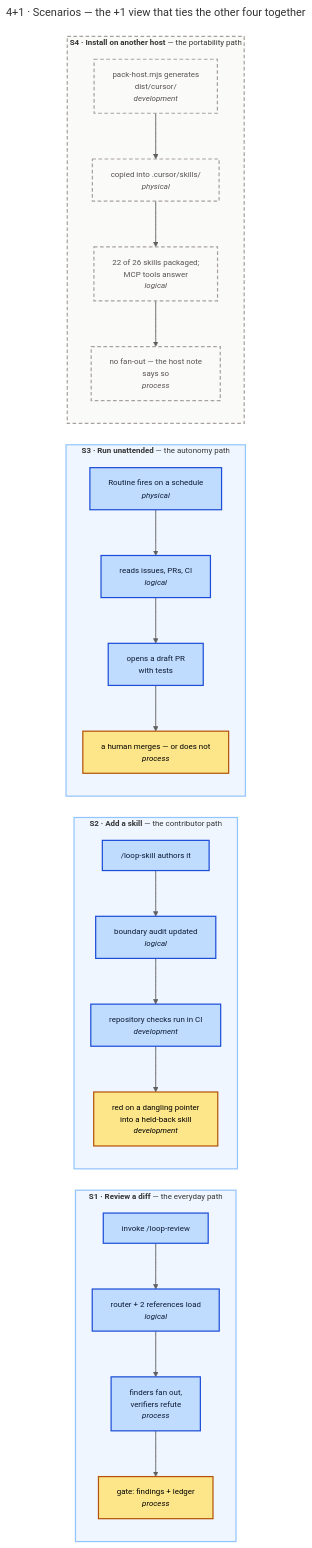
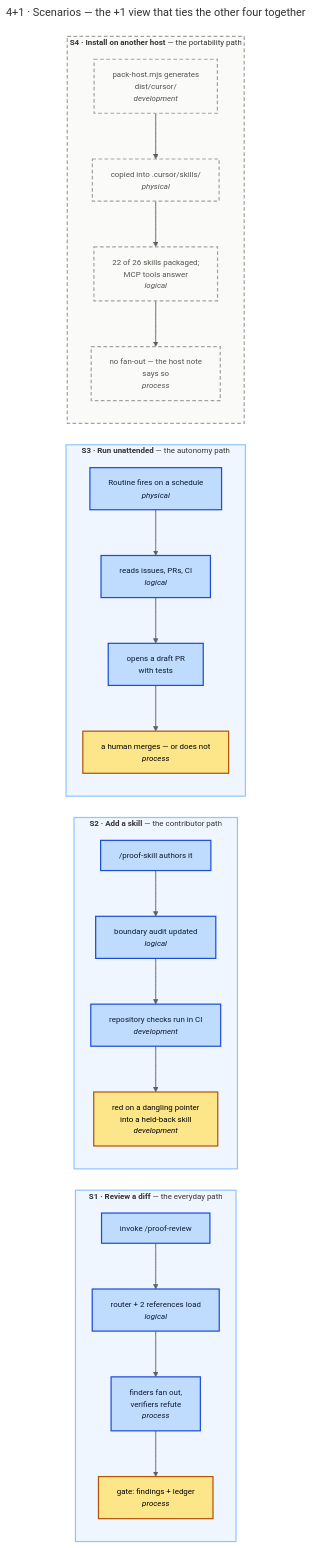
The diagram in docs/c4/diagrams/src/view-scenarios.mmd (santapong/Proof), drawn with Mermaid before and after one commit. The commit also changed 462 other files, not shown here.

Commit message:
feat: align Proof skill names and developer onboarding

```diff
--- a/docs/c4/diagrams/src/view-scenarios.mmd
+++ b/docs/c4/diagrams/src/view-scenarios.mmd
@@ -1,36 +1,36 @@
 ---
 title: "4+1 · Scenarios — the +1 view that ties the other four together"
 ---
 %%{init: {"flowchart": {"curve": "basis", "nodeSpacing": 35, "rankSpacing": 50}, "themeVariables": {"fontFamily": "Segoe UI, Helvetica, Arial, sans-serif", "fontSize": "13px"}}}%%
 flowchart LR
     subgraph s1["<b>S1 · Review a diff</b> — the everyday path"]
         direction TB
-        a1["invoke /loop-review"] --> a2["router + 2 references load<br/><i>logical</i>"] --> a3["finders fan out,<br/>verifiers refute<br/><i>process</i>"] --> a4["gate: findings + ledger<br/><i>process</i>"]
+        a1["invoke /proof-review"] --> a2["router + 2 references load<br/><i>logical</i>"] --> a3["finders fan out,<br/>verifiers refute<br/><i>process</i>"] --> a4["gate: findings + ledger<br/><i>process</i>"]
     end
 
     subgraph s2["<b>S2 · Add a skill</b> — the contributor path"]
         direction TB
-        b1["/loop-skill authors it"] --> b2["boundary audit updated<br/><i>logical</i>"] --> b3["repository checks run in CI<br/><i>development</i>"] --> b4["red on a dangling pointer<br/>into a held-back skill<br/><i>development</i>"]
+        b1["/proof-skill authors it"] --> b2["boundary audit updated<br/><i>logical</i>"] --> b3["repository checks run in CI<br/><i>development</i>"] --> b4["red on a dangling pointer<br/>into a held-back skill<br/><i>development</i>"]
     end
 
     subgraph s3["<b>S3 · Run unattended</b> — the autonomy path"]
         direction TB
         c1["Routine fires on a schedule<br/><i>physical</i>"] --> c2["reads issues, PRs, CI<br/><i>logical</i>"] --> c3["opens a draft PR<br/>with tests"] --> c4["a human merges — or does not<br/><i>process</i>"]
     end
 
     subgraph s4["<b>S4 · Install on another host</b> — the portability path"]
         direction TB
         d1["pack-host.mjs generates<br/>dist/cursor/<br/><i>development</i>"] --> d2["copied into .cursor/skills/<br/><i>physical</i>"] --> d3["22 of 26 skills packaged;<br/>MCP tools answer<br/><i>logical</i>"] --> d4["no fan-out — the host note<br/>says so<br/><i>process</i>"]
     end
 
     classDef step fill:#BFDBFE,stroke:#1D4ED8,stroke-width:2px,color:#0C1B33
     classDef gatestep fill:#FDE68A,stroke:#B45309,stroke-width:2px,color:#000
     classDef planned fill:#FAFAF9,stroke:#A8A29E,stroke-width:2px,stroke-dasharray:6 4,color:#57534E
     class a1,a2,a3,b1,b2,b3,c1,c2,c3 step
     class a4,b4,c4 gatestep
     class d1,d2,d3,d4 planned
     style s1 fill:#EFF6FF,stroke:#93C5FD,stroke-width:2px
     style s2 fill:#EFF6FF,stroke:#93C5FD,stroke-width:2px
     style s3 fill:#EFF6FF,stroke:#93C5FD,stroke-width:2px
     style s4 fill:#FAFAF9,stroke:#A8A29E,stroke-width:2px,stroke-dasharray:6 4
     linkStyle default stroke:#5F5F5F,stroke-width:1.5px,color:#57534E
```
